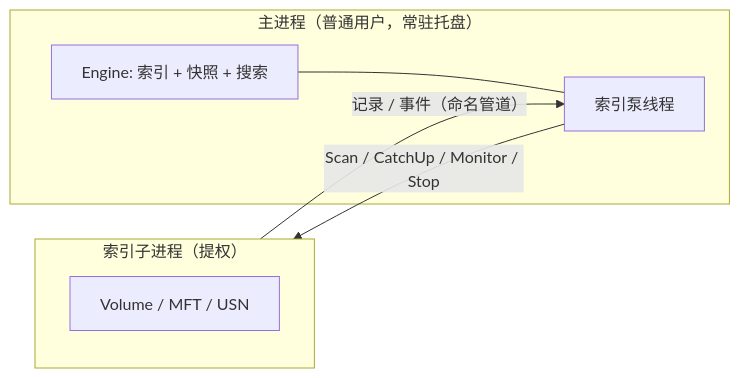
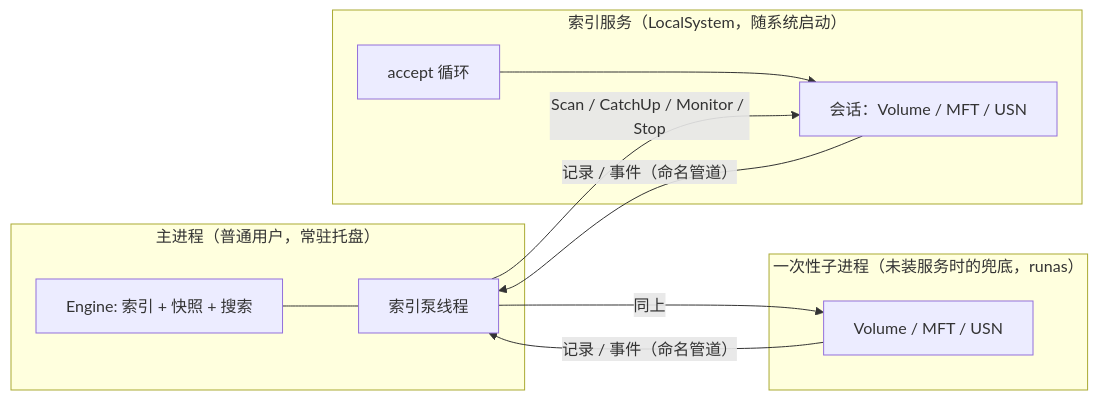
Before and after one commit to zephyraluco/rastflow: the first of 4 diagrams in docs/search-engine.md, drawn with Mermaid. The commit also changed other lines of this file and 14 other files, not shown here.

````diff
--- a/docs/search-engine.md
+++ b/docs/search-engine.md
@@ -25,13 +24,20 @@
 ```mermaid
 flowchart LR
     subgraph M["主进程（普通用户，常驻托盘）"]
-        E[Engine: 索引 + 快照 + 搜索]
-        P[索引泵线程]
+        E["Engine: 索引 + 快照 + 搜索"]
+        P["索引泵线程"]
         E --- P
     end
-    subgraph H["索引子进程（提权）"]
-        V[Volume / MFT / USN]
+    subgraph S["索引服务（LocalSystem，随系统启动）"]
+        L["accept 循环"]
+        S1["会话：Volume / MFT / USN"]
+        L --> S1
     end
-    H -- "记录 / 事件（命名管道）" --> P
-    P -- "Scan / CatchUp / Monitor / Stop" --> H
+    subgraph H["一次性子进程（未装服务时的兜底，runas）"]
+        V["Volume / MFT / USN"]
+    end
+    S1 -- "记录 / 事件（命名管道）" --> P
+    V -- "记录 / 事件（命名管道）" --> P
+    P -- "Scan / CatchUp / Monitor / Stop" --> S1
+    P -- "同上" --> V
 ```
````
